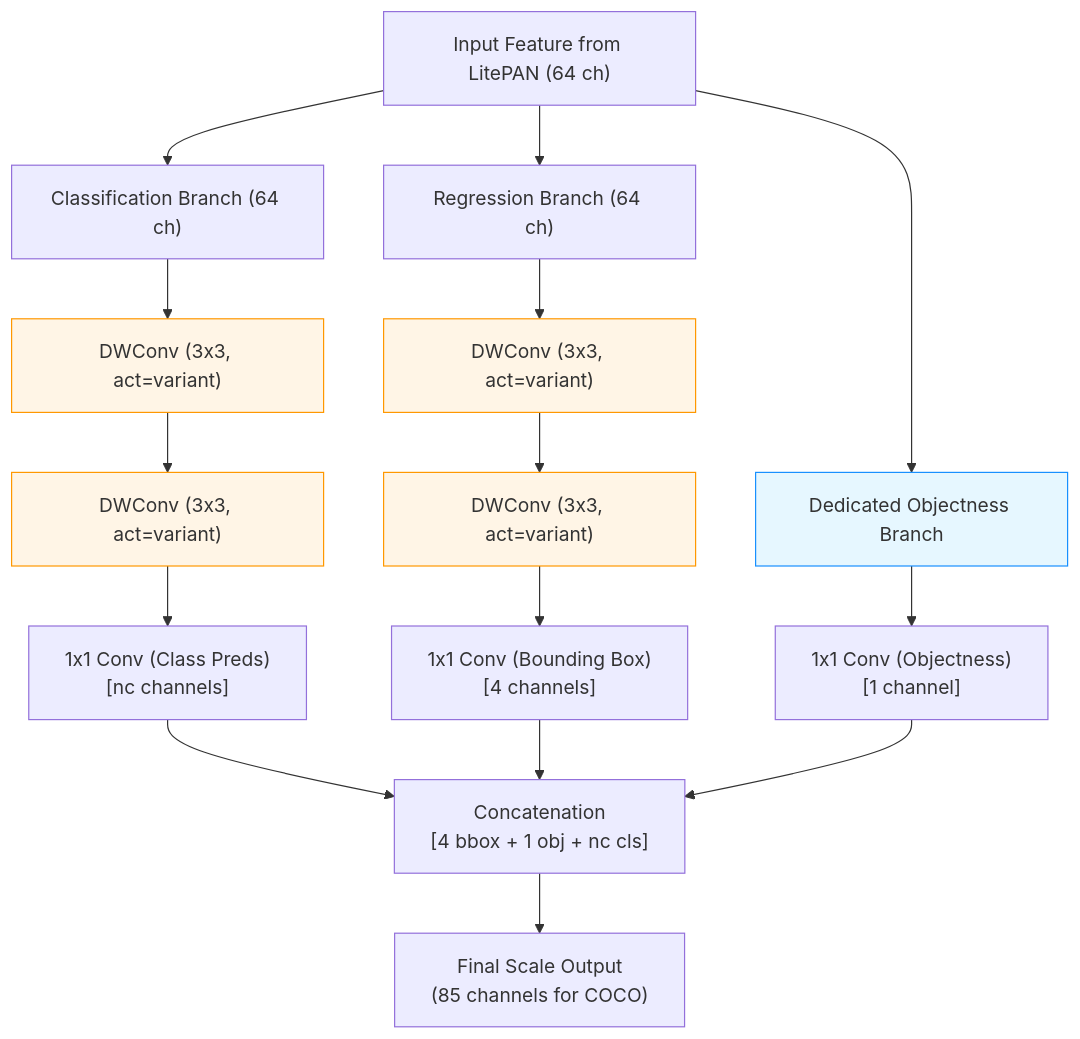
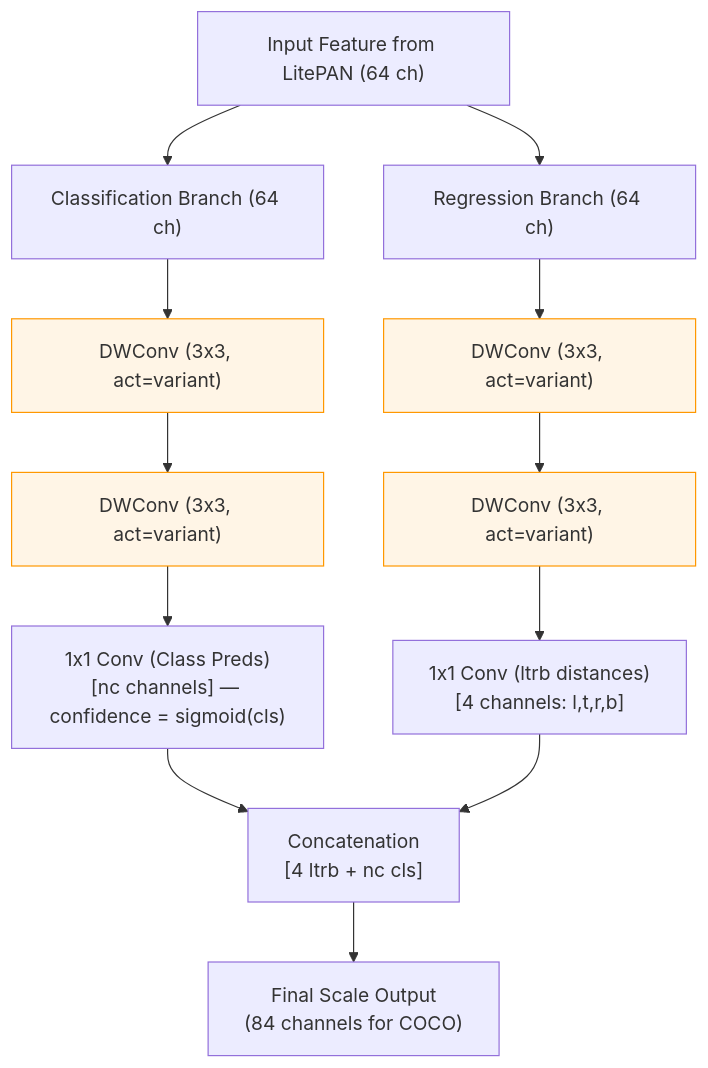
The fourth of 4 diagrams in report.md (ShMazumder/tinyYOLO), drawn with Mermaid before and after one commit. The commit also changed other lines of this file and 5 other files, not shown here.

Commit message:
docs: reconcile methodology to R2 (cls-as-confidence, ltrb, SPPF, per-level TAL)

````diff
--- a/report.md
+++ b/report.md
@@ -286,24 +300,20 @@
 ```mermaid
 flowchart TD
     InFeat["Input Feature from LitePAN (64 ch)"] --> DecoupledCls["Classification Branch (64 ch)"]
     InFeat --> DecoupledReg["Regression Branch (64 ch)"]
 
     DecoupledCls --> ClsDW1["DWConv (3x3, act=variant)"] --> ClsDW2["DWConv (3x3, act=variant)"]
-    ClsDW2 --> ClsOut["1x1 Conv (Class Preds)<br/>[nc channels]"]
+    ClsDW2 --> ClsOut["1x1 Conv (Class Preds)<br/>[nc channels] — confidence = sigmoid(cls)"]
 
     DecoupledReg --> RegDW1["DWConv (3x3, act=variant)"] --> RegDW2["DWConv (3x3, act=variant)"]
-    RegDW2 --> RegOut["1x1 Conv (Bounding Box)<br/>[4 channels]"]
-    
-    InFeat --> DedicatedObj["Dedicated Objectness Branch"] --> ObjOut["1x1 Conv (Objectness)<br/>[1 channel]"]
+    RegDW2 --> RegOut["1x1 Conv (ltrb distances)<br/>[4 channels: l,t,r,b]"]
 
-    ClsOut --> ConcatHead["Concatenation<br/>[4 bbox + 1 obj + nc cls]"]
+    ClsOut --> ConcatHead["Concatenation<br/>[4 ltrb + nc cls]"]
     RegOut --> ConcatHead
-    ObjOut --> ConcatHead
-    ConcatHead --> FinalOutput["Final Scale Output<br/>(85 channels for COCO)"]
+    ConcatHead --> FinalOutput["Final Scale Output<br/>(84 channels for COCO)"]
 
     style ClsDW1 fill:#fff5e6,stroke:#ff9800,stroke-width:1px
     style ClsDW2 fill:#fff5e6,stroke:#ff9800,stroke-width:1px
     style RegDW1 fill:#fff5e6,stroke:#ff9800,stroke-width:1px
     style RegDW2 fill:#fff5e6,stroke:#ff9800,stroke-width:1px
-    style DedicatedObj fill:#e6f7ff,stroke:#1890ff,stroke-width:1px
 ```
````
